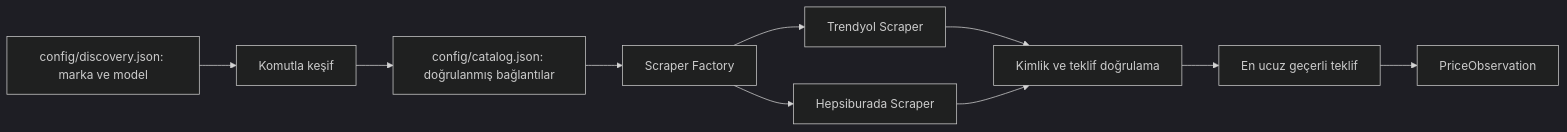
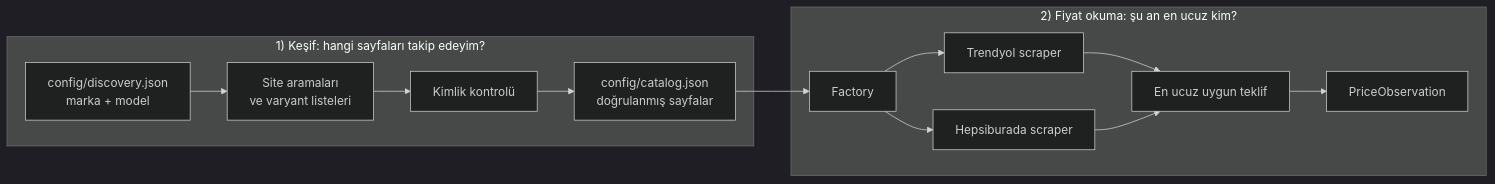
The diagram in README.md (Emir-Ars/Urun-indirim-takip), drawn with Mermaid (dark theme) before and after one commit. The commit also changed other lines of this file and 20 other files, not shown here.

First line of the commit message:
Scraper ve discovery kabul kontrolünü tamamla

````diff
--- a/README.md
+++ b/README.md
@@ -23,12 +49,16 @@
 ```mermaid
 flowchart LR
-    M[config/discovery.json: marka ve model] --> D[Komutla keşif]
-    D --> C[config/catalog.json: doğrulanmış bağlantılar]
-    C --> F[Scraper Factory]
-    F --> T[Trendyol Scraper]
-    F --> H[Hepsiburada Scraper]
-    T --> V[Kimlik ve teklif doğrulama]
-    H --> V
-    V --> S[En ucuz geçerli teklif]
-    S --> P[PriceObservation]
+    subgraph Kesif["1) Keşif: hangi sayfaları takip edeyim?"]
+        M[config/discovery.json<br/>marka + model] --> A[Site aramaları<br/>ve varyant listeleri]
+        A --> K[Kimlik kontrolü]
+        K --> C[config/catalog.json<br/>doğrulanmış sayfalar]
+    end
+    subgraph Fiyat["2) Fiyat okuma: şu an en ucuz kim?"]
+        C --> F[Factory]
+        F --> T[Trendyol scraper]
+        F --> H[Hepsiburada scraper]
+        T --> S[En ucuz uygun teklif]
+        H --> S
+        S --> P[PriceObservation]
+    end
 ```
````
